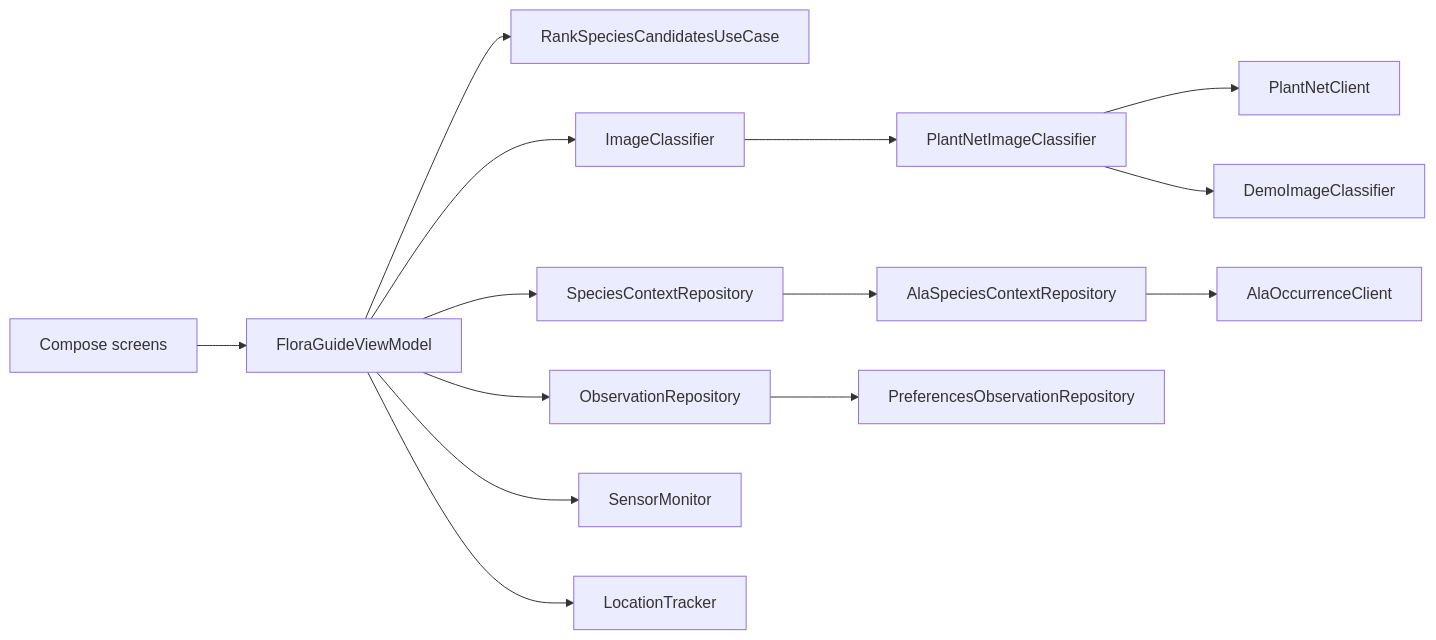
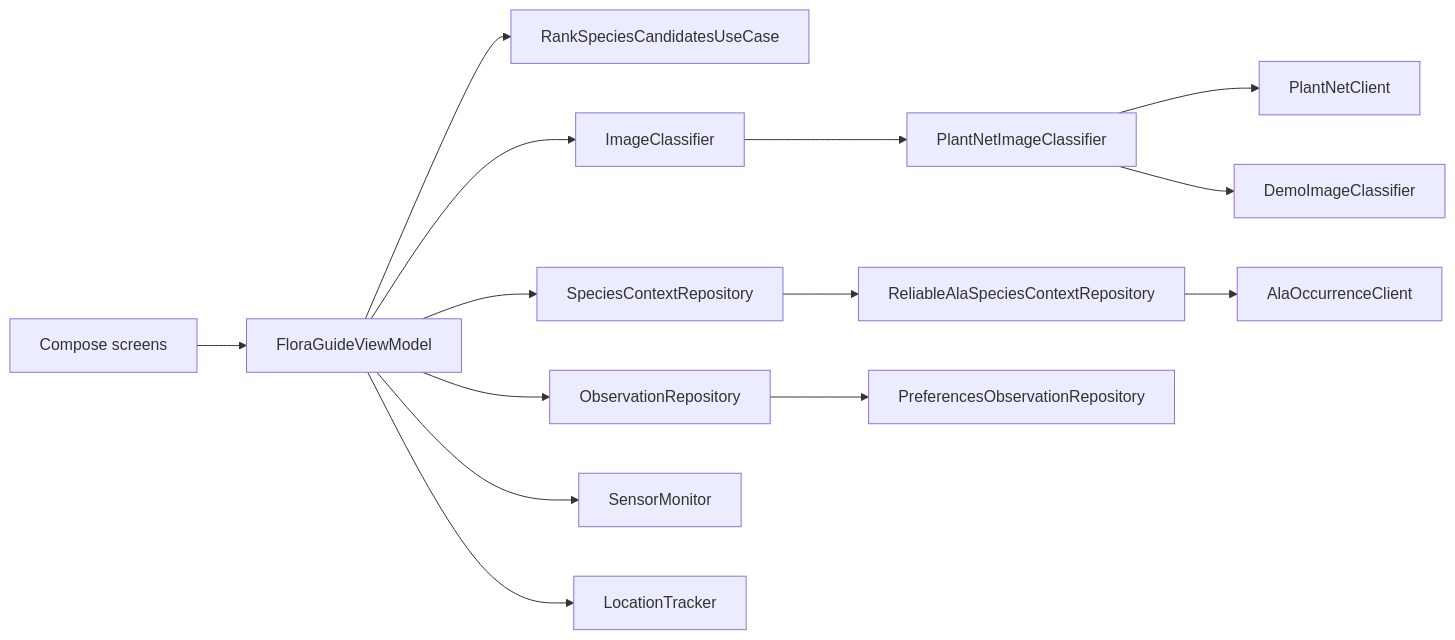
Before and after one commit to euchoons/COMP90018_2026_SM2: the diagram in docs/ARCHITECTURE.md, drawn with Mermaid. The commit also changed other lines of this file and 6 other files, not shown here.

First line of the commit message:
refactor(ala): remove the unused legacy context repository

````diff
--- a/docs/ARCHITECTURE.md
+++ b/docs/ARCHITECTURE.md
@@ -16,17 +16,17 @@
 ```mermaid
 flowchart LR
     UI[Compose screens] --> VM[FloraGuideViewModel]
     VM --> Rank[RankSpeciesCandidatesUseCase]
     VM --> IC[ImageClassifier]
     VM --> SCR[SpeciesContextRepository]
     VM --> OR[ObservationRepository]
     VM --> Sensors[SensorMonitor]
     VM --> Location[LocationTracker]
 
     IC --> PlantNet[PlantNetImageClassifier]
     PlantNet --> PNHTTP[PlantNetClient]
     PlantNet --> Demo[DemoImageClassifier]
-    SCR --> ALA[AlaSpeciesContextRepository]
+    SCR --> ALA[ReliableAlaSpeciesContextRepository]
     ALA --> HTTP[AlaOccurrenceClient]
     OR --> Local[PreferencesObservationRepository]
 ```
````
